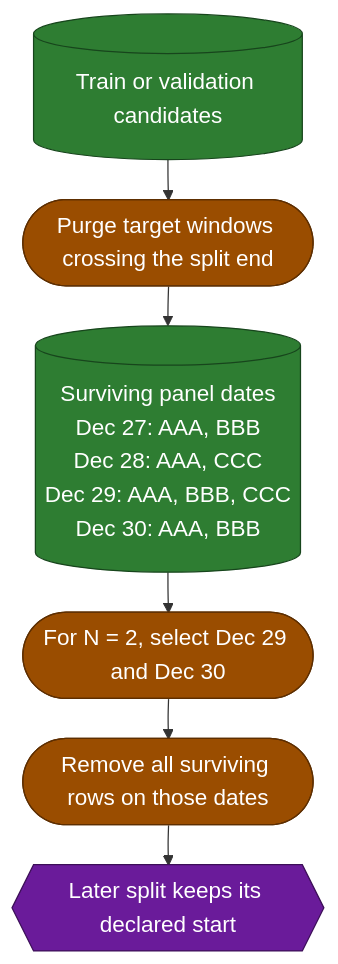
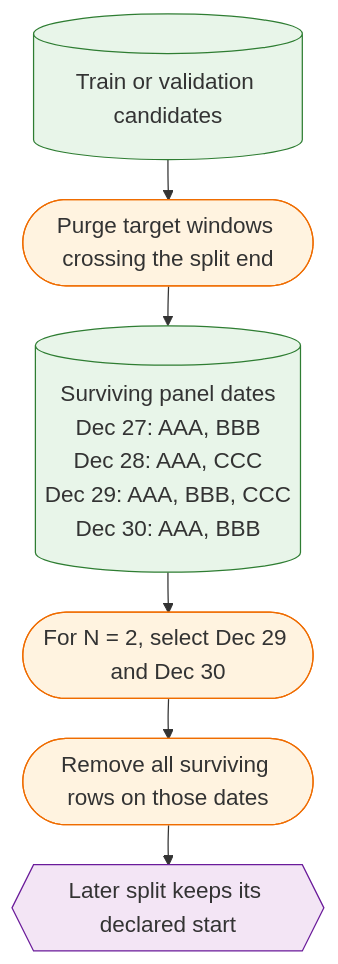
The second of 2 diagrams in docs/modeling/temporal-splitting.md (Frallmeister/swingtrader-app), drawn with Mermaid before and after one commit. The commit also changed other lines of this file and 5 other files, not shown here.

Commit message:
Fix the diagram styling

````diff
--- a/docs/modeling/temporal-splitting.md
+++ b/docs/modeling/temporal-splitting.md
@@ -55,19 +55,19 @@
 ```mermaid
 %%{init: {"themeVariables": {"fontSize": "18px"}, "flowchart": {"nodeSpacing": 26, "rankSpacing": 32}}}%%
 flowchart TB
     candidates[(Train or validation candidates)]
     purge([Purge target windows crossing the split end])
     panel[(Surviving panel dates<br/>Dec 27: AAA, BBB<br/>Dec 28: AAA, CCC<br/>Dec 29: AAA, BBB, CCC<br/>Dec 30: AAA, BBB)]
     choose([For N = 2, select Dec 29 and Dec 30])
     remove([Remove all surviving rows on those dates])
     later{{Later split keeps its declared start}}
 
     candidates --> purge --> panel --> choose --> remove --> later
 
-    classDef action fill:#9a4d00,stroke:#5d2e00,color:#ffffff
-    classDef artifact fill:#2e7d32,stroke:#17451c,color:#ffffff
-    classDef state fill:#6a1b9a,stroke:#3c0f58,color:#ffffff
+    classDef action fill:#fff3e0,stroke:#ef6c00
+    classDef artifact fill:#e8f5e9,stroke:#2e7d32
+    classDef state fill:#f3e5f5,stroke:#6a1b9a
     class candidates,panel artifact
     class purge,choose,remove action
     class later state
 ```
````
